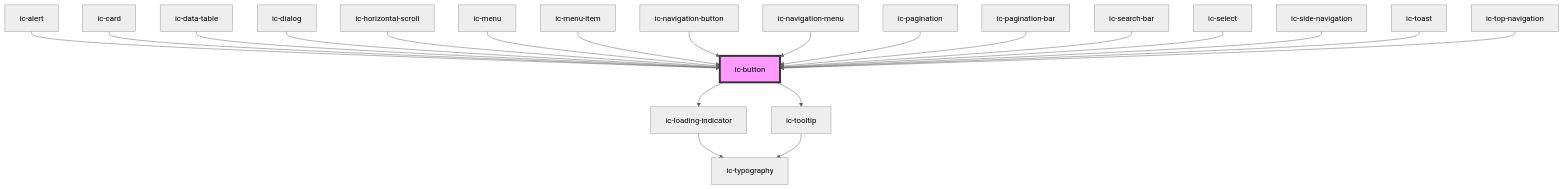
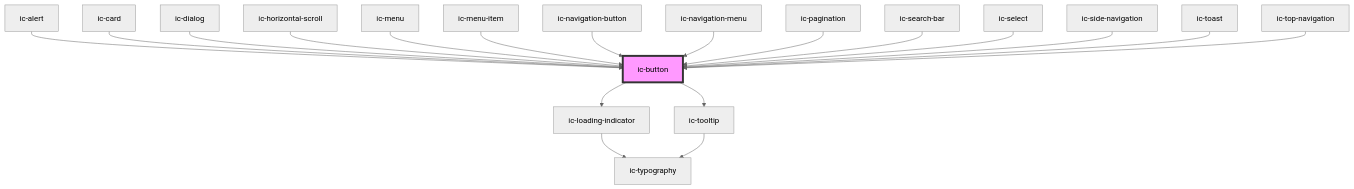
The diagram in packages/web-components/src/components/ic-button/readme.md (mi6/canary-ic-ui-kit), drawn with Mermaid (neutral theme) before and after one commit. The commit also changed other lines of this file and 46 other files, not shown here.

````diff
--- a/packages/web-components/src/components/ic-button/readme.md
+++ b/packages/web-components/src/components/ic-button/readme.md
@@ -96,24 +96,22 @@
 ```mermaid
 graph TD;
   ic-button --> ic-loading-indicator
   ic-button --> ic-tooltip
   ic-loading-indicator --> ic-typography
   ic-tooltip --> ic-typography
   ic-alert --> ic-button
   ic-card --> ic-button
-  ic-data-table --> ic-button
   ic-dialog --> ic-button
   ic-horizontal-scroll --> ic-button
   ic-menu --> ic-button
   ic-menu-item --> ic-button
   ic-navigation-button --> ic-button
   ic-navigation-menu --> ic-button
   ic-pagination --> ic-button
-  ic-pagination-bar --> ic-button
   ic-search-bar --> ic-button
   ic-select --> ic-button
   ic-side-navigation --> ic-button
   ic-toast --> ic-button
   ic-top-navigation --> ic-button
   style ic-button fill:#f9f,stroke:#333,stroke-width:4px
 ```
````
